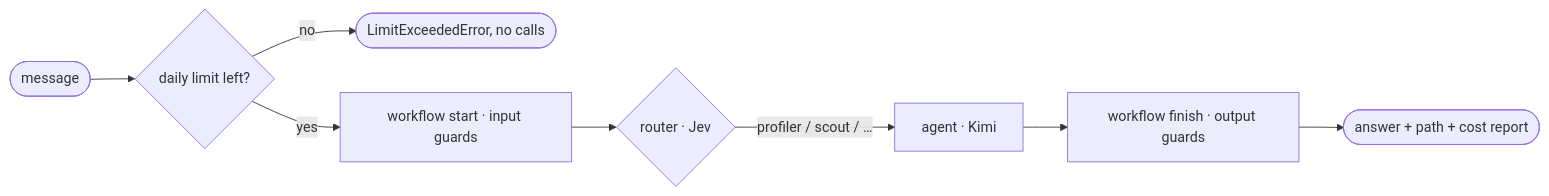
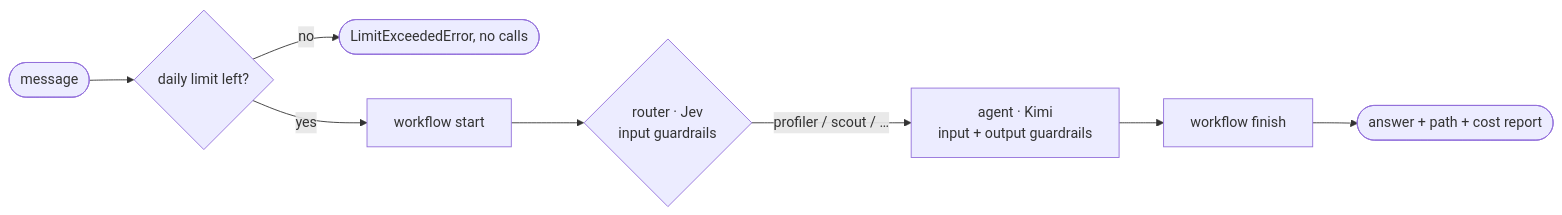
One commit to agbossjs/agboss changed the diagram in Home.md. Above: the diagram before and after it, drawn with Mermaid. The commit also changed 14 other files, not shown here.

Commit message:
docs(#120): guardrails — Guards (@InputGuardrail / @OutputGuardrail, refusals, levels, where they run, testing), Environments ([application.pii-instance-key]), Configuration, Testing, Agents, Architecture, Observability, Changelog — PR 2

````diff
--- a/Home.md
+++ b/Home.md
@@ -36,10 +36,10 @@
 ```mermaid
 flowchart LR
   T([message]) --> B{daily limit left?}
   B -- no --> X([LimitExceededError, no calls])
-  B -- yes --> E[workflow start · input guards]
-  E --> R{router · Jev}
-  R -- profiler / scout / … --> A[agent · Kimi]
-  A --> C[workflow finish · output guards]
+  B -- yes --> E[workflow start]
+  E --> R{router · Jev<br/>input guardrails}
+  R -- profiler / scout / … --> A[agent · Kimi<br/>input + output guardrails]
+  A --> C[workflow finish]
   C --> O([answer + path + cost report])
 ```
````
